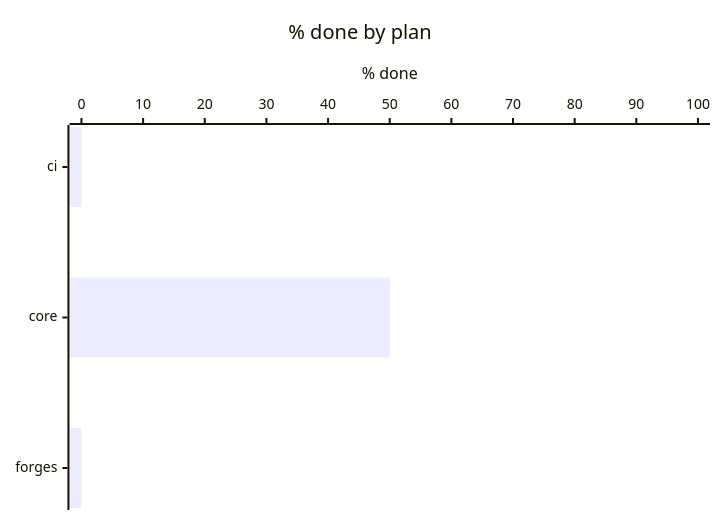
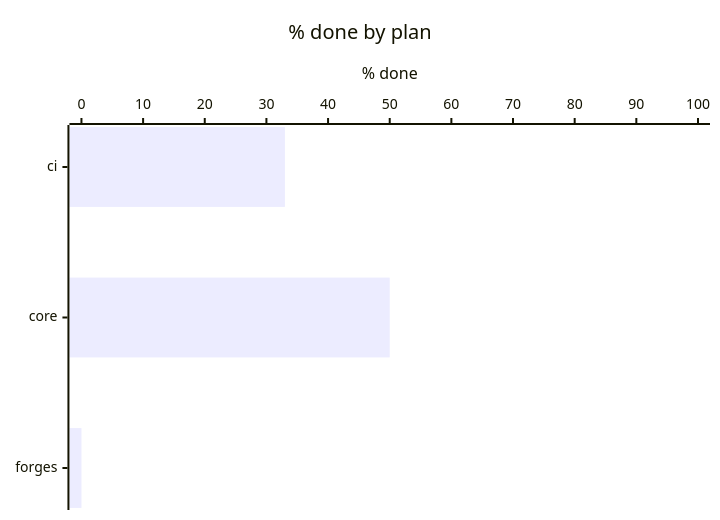
The third of 5 diagrams in progress/README.md (bvraghav/pmtrack), drawn with Mermaid before and after one commit. The commit also changed other lines of this file and 5 other files, not shown here.

````diff
--- a/progress/README.md
+++ b/progress/README.md
@@ -29,7 +29,7 @@
 ```mermaid
 xychart-beta horizontal
   title "% done by plan"
   x-axis ["ci", "core", "forges"]
   y-axis "% done" 0 --> 100
-  bar [0, 50, 0]
+  bar [33, 50, 0]
 ```
````
